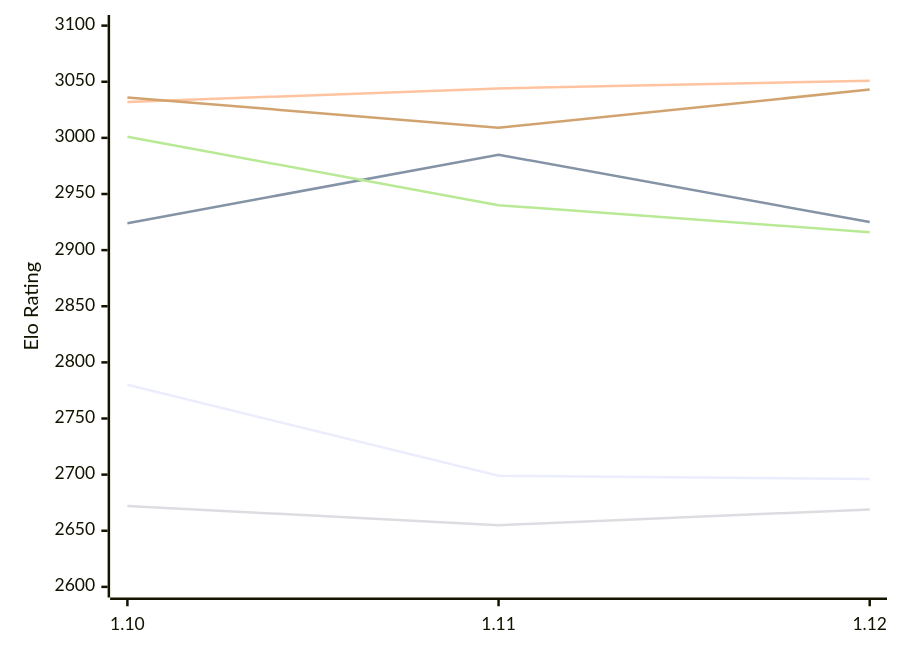
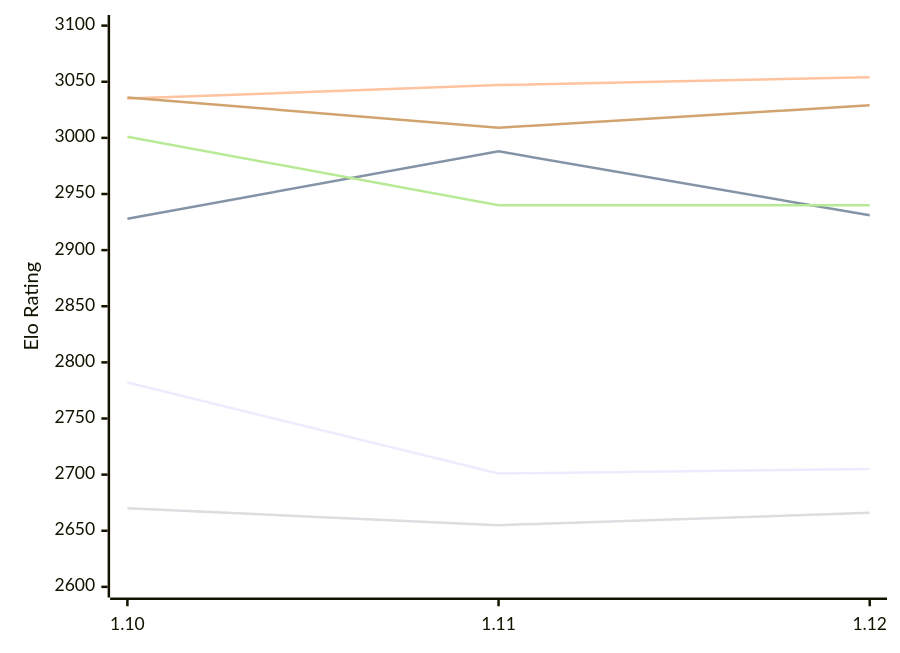
Before and after one commit to computer-chess-index/cci: the first of 2 diagrams in engines/Roc.md, drawn with Mermaid. The commit also changed other lines of this file, not shown here.

Commit message:
Update CCI Ratings (ELO VLTC) - 2026-11-22

````diff
--- a/engines/Roc.md
+++ b/engines/Roc.md
@@ -52,12 +52,12 @@
 ```mermaid
 %%{init: {"theme":"base","themeVariables":{"seriesColors:['#a3a3a3','#222221','#faa371']}}}%%
 xychart-beta
   x-axis ["1.10", "1.11", "1.12"]
   y-axis "Elo Rating" 2600 --> 3100
-  line "E1: STC (8.0+0.08s)" [2780, 2699, 2696]
-  line "E1: LTC (60.0+0.60s)" [2924, 2985, 2925]
-  line "E1: VLTC (2m24s+1.12s)" [3032, 3044, 3051]
-  line "P1: STC (8.0+0.08s)" [2672, 2655, 2669]
-  line "P1: LTC (60.0+0.60s)" [3001, 2940, 2916]
-  line "P1: VLTC (2m24s+1.12s)" [3036, 3009, 3043]
+  line "E1: STC (8.0+0.08s)" [2782, 2701, 2705]
+  line "E1: LTC (60.0+0.60s)" [2928, 2988, 2931]
+  line "E1: VLTC (2m24s+1.12s)" [3035, 3047, 3054]
+  line "P1: STC (8.0+0.08s)" [2670, 2655, 2666]
+  line "P1: LTC (60.0+0.60s)" [3001, 2940, 2940]
+  line "P1: VLTC (2m24s+1.12s)" [3036, 3009, 3029]
 ```
````
